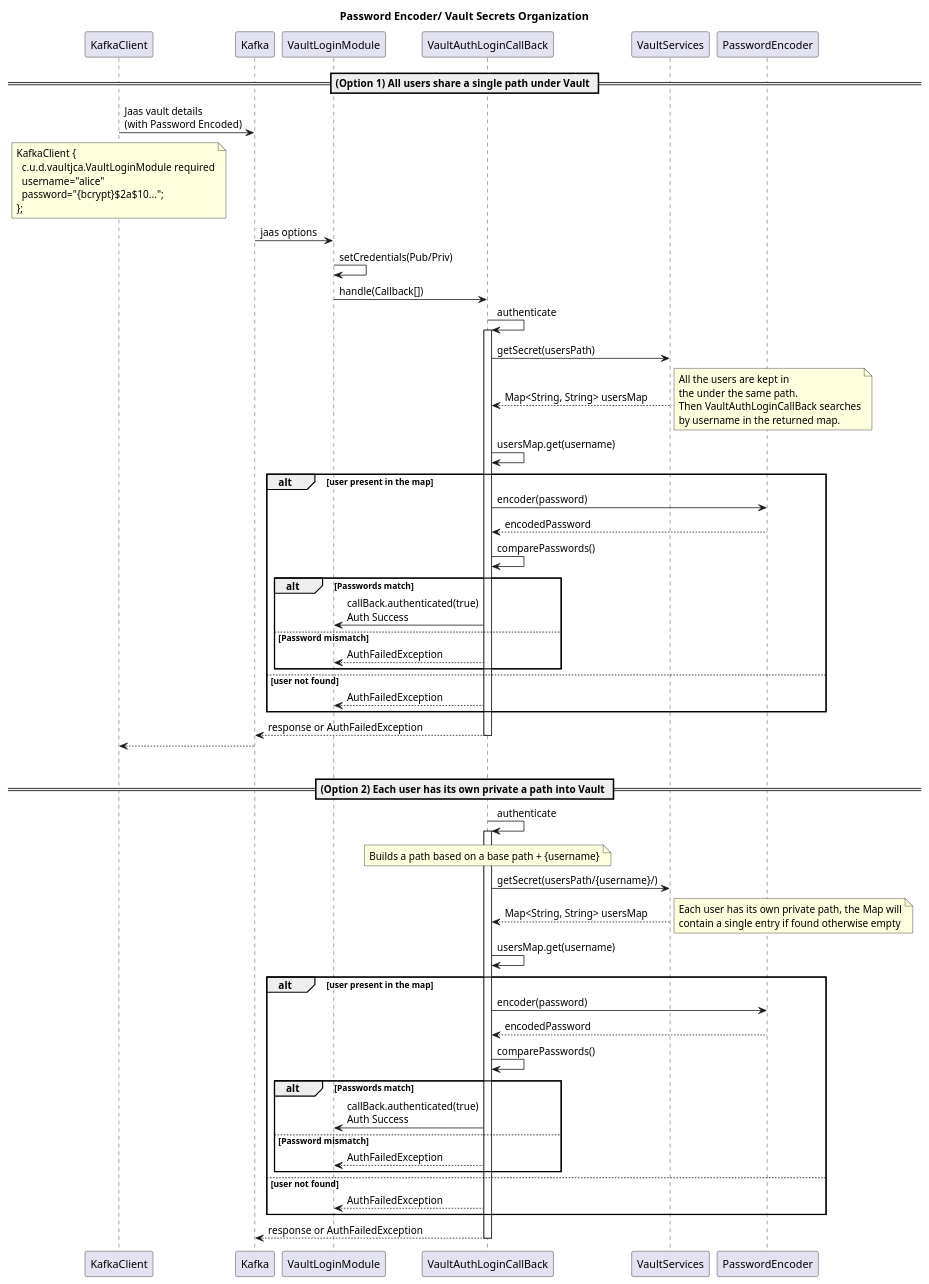
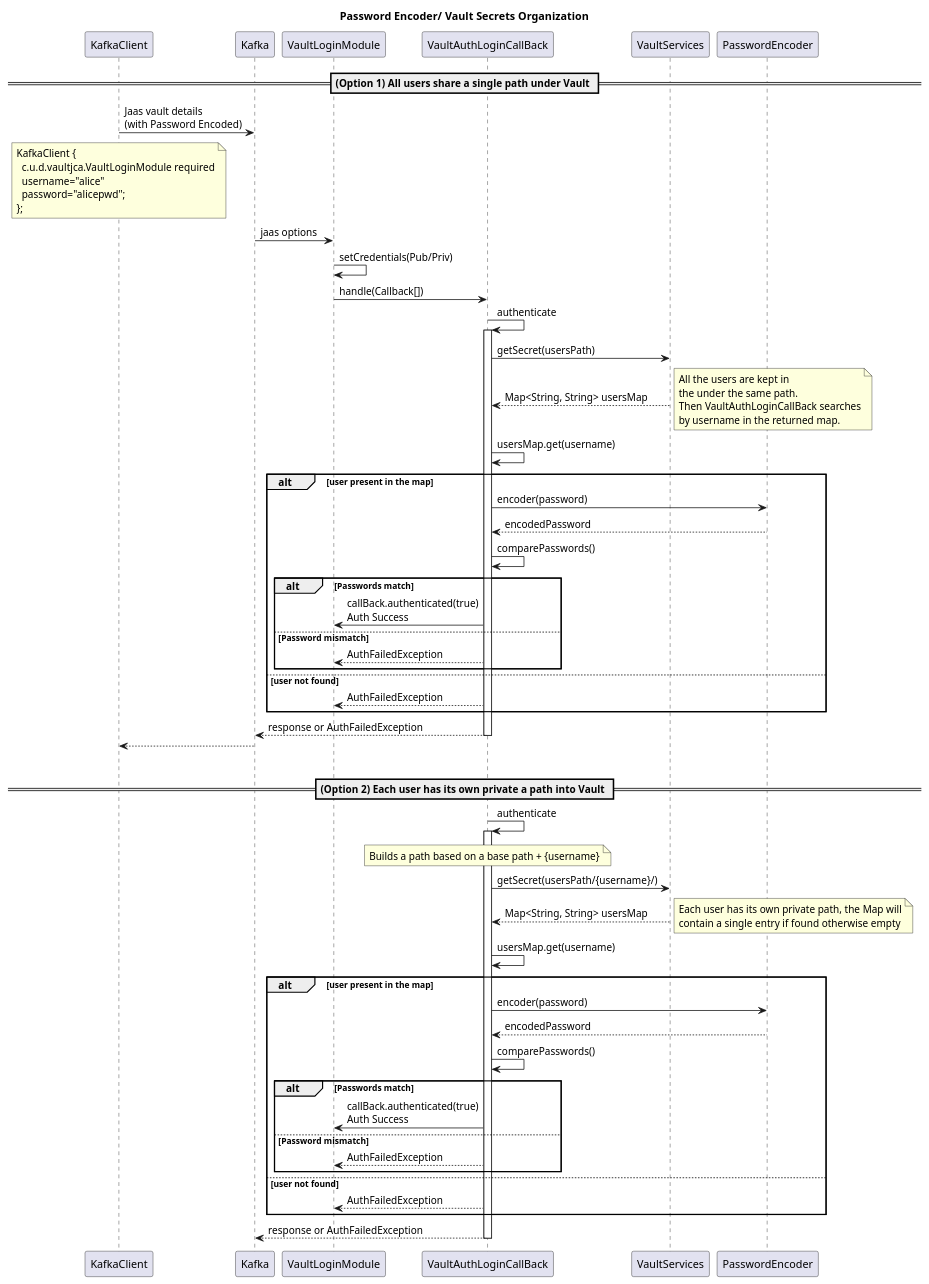
Before and after one commit to UltimateSoftware/kafka-vault-jca: the diagram in PESequenceDiagrams.puml, drawn with PlantUML. The commit also changed other lines of this file and 5 other files, not shown here.

```diff
--- a/PESequenceDiagrams.puml
+++ b/PESequenceDiagrams.puml
@@ -1,70 +1,70 @@
 @startuml
 title Password Encoder/ Vault Secrets Organization
 
 == (Option 1) All users share a single path under Vault ==
 KafkaClient -> Kafka: Jaas vault details\n(with Password Encoded)
 note over KafkaClient
   KafkaClient {
     c.u.d.vaultjca.VaultLoginModule required
     username="alice"
-    password="{bcrypt}$2a$10...";
+    password="alicepwd";
   };
 end note
 Kafka -> VaultLoginModule: jaas options
 VaultLoginModule -> VaultLoginModule: setCredentials(Pub/Priv)
 VaultLoginModule -> VaultAuthLoginCallBack: handle(Callback[])
 VaultAuthLoginCallBack -> VaultAuthLoginCallBack: authenticate
 activate VaultAuthLoginCallBack
 VaultAuthLoginCallBack -> VaultServices: getSecret(usersPath)
 VaultServices --> VaultAuthLoginCallBack: Map<String, String> usersMap
 note right
   All the users are kept in
   the under the same path.
   Then VaultAuthLoginCallBack searches
   by username in the returned map.
 end note
 VaultAuthLoginCallBack ->VaultAuthLoginCallBack: usersMap.get(username)
 alt user present in the map
   VaultAuthLoginCallBack -> PasswordEncoder: encoder(password)
   PasswordEncoder --> VaultAuthLoginCallBack: encodedPassword
   VaultAuthLoginCallBack -> VaultAuthLoginCallBack: comparePasswords()
   alt Passwords match
     VaultAuthLoginCallBack -> VaultLoginModule: callBack.authenticated(true)\nAuth Success
   else Password mismatch
     VaultAuthLoginCallBack --> VaultLoginModule:  AuthFailedException
   end
 else user not found
   VaultAuthLoginCallBack --> VaultLoginModule:  AuthFailedException
 end
 VaultAuthLoginCallBack --> Kafka: response or AuthFailedException
 deactivate VaultAuthLoginCallBack
 Kafka --> KafkaClient
 |||
 == (Option 2) Each user has its own private a path into Vault ==
 VaultAuthLoginCallBack -> VaultAuthLoginCallBack: authenticate
 activate VaultAuthLoginCallBack
 note over VaultAuthLoginCallBack
   Builds a path based on a base path + {username}
 end note
 VaultAuthLoginCallBack -> VaultServices: getSecret(usersPath/{username}/)
 VaultServices --> VaultAuthLoginCallBack: Map<String, String> usersMap
 note right
   Each user has its own private path, the Map will
   contain a single entry if found otherwise empty
 end note
 VaultAuthLoginCallBack ->VaultAuthLoginCallBack: usersMap.get(username)
 alt user present in the map
   VaultAuthLoginCallBack -> PasswordEncoder: encoder(password)
   PasswordEncoder --> VaultAuthLoginCallBack: encodedPassword
   VaultAuthLoginCallBack -> VaultAuthLoginCallBack: comparePasswords()
   alt Passwords match
     VaultAuthLoginCallBack -> VaultLoginModule: callBack.authenticated(true)\nAuth Success
   else Password mismatch
     VaultAuthLoginCallBack --> VaultLoginModule:  AuthFailedException
   end
 else user not found
   VaultAuthLoginCallBack --> VaultLoginModule:  AuthFailedException
 end
 VaultAuthLoginCallBack --> Kafka: response or AuthFailedException
 deactivate VaultAuthLoginCallBack
 @enduml
```
